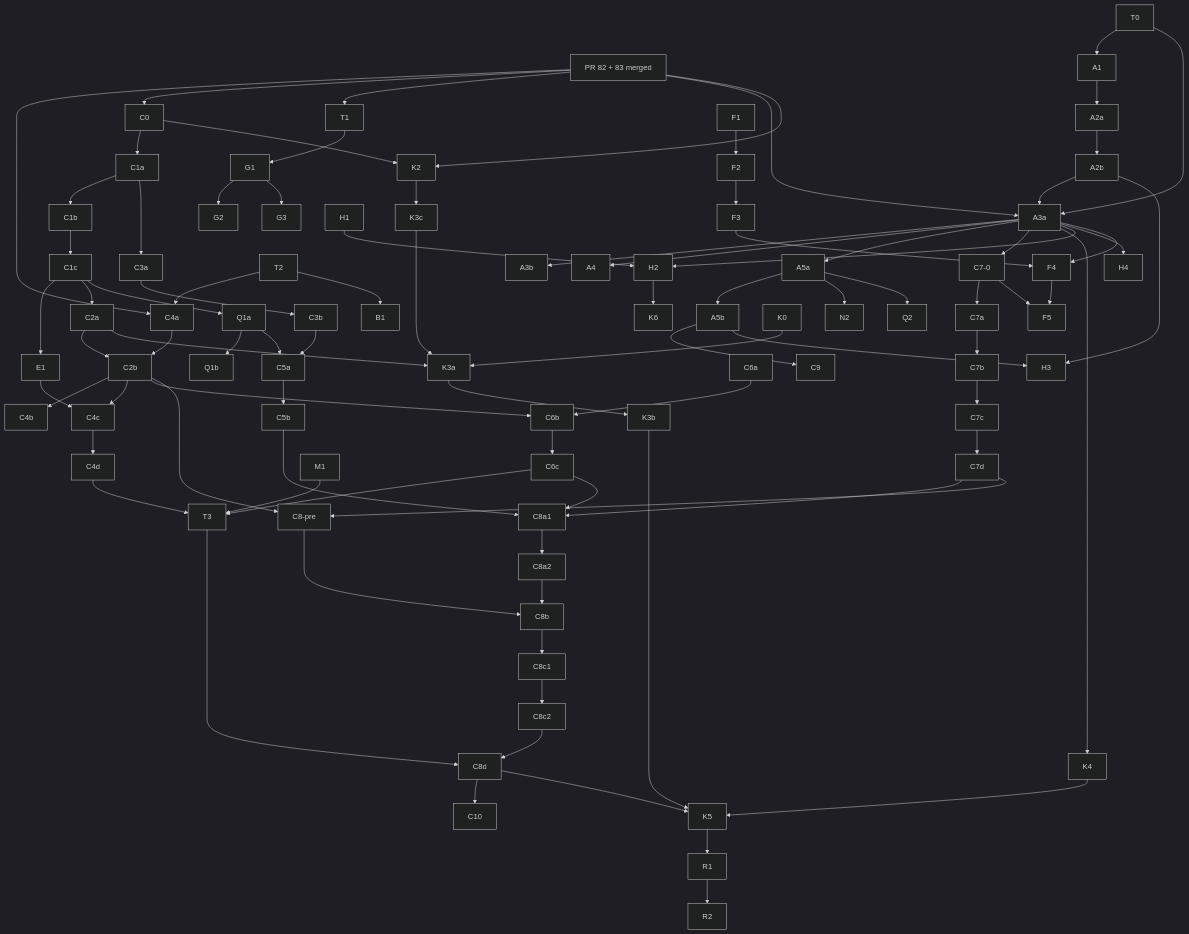
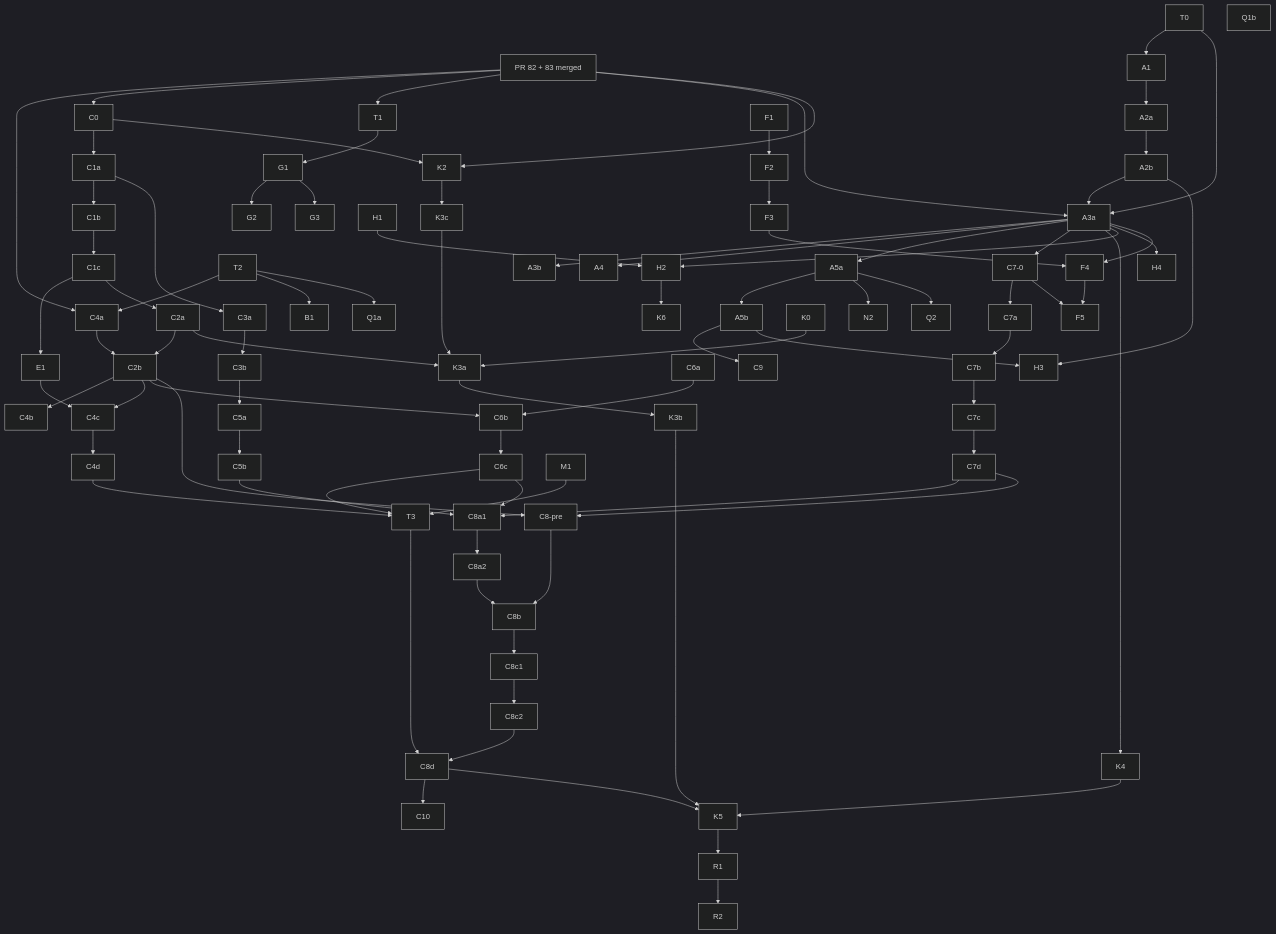
The diagram in docs/domain-modeling/pipeline-convergence-plan.md (scoizzle/Poly), drawn with Mermaid (dark theme) before and after one commit. The commit also changed other lines of this file and 1 other file, not shown here.

````diff
--- a/docs/domain-modeling/pipeline-convergence-plan.md
+++ b/docs/domain-modeling/pipeline-convergence-plan.md
@@ -865,60 +865,60 @@
 ```mermaid
 flowchart TD
     PR[PR 82 + 83 merged] --> C4a
     PR --> C0
     PR --> T1
     T0 --> A1 --> A2a --> A2b --> A3a
     PR --> A3a
     T0 --> A3a
     A3a --> A3b
     A3a --> A4
     A3a --> A5a --> A5b --> C9
     A5a --> N2
     A5a --> Q2
     T2 --> C4a
     T2 --> B1
+    T2 --> Q1a
+    Q1b
     T1 --> G1 --> G2
     G1 --> G3
     C0 --> C1a --> C1b --> C1c --> E1
     C1c --> C2a
     C2a --> C2b
     C4a --> C2b
     C2b --> C4b
     C2b --> C4c
     E1 --> C4c --> C4d
     C1a --> C3a --> C3b --> C5a
-    C1c --> Q1a --> Q1b
-    Q1a --> C5a
     C5a --> C5b
     C2b --> C6b
     C6a --> C6b --> C6c
     A3a --> C7-0
     C7-0 --> C7a --> C7b --> C7c --> C7d
     C4d --> T3
     C6c --> T3
     M1 --> T3
     C5b --> C8a1
     C6c --> C8a1
     C7d --> C8a1
     C8a1 --> C8a2 --> C8b
     C2b --> C8pre[C8-pre]
     C7d --> C8pre
     C8pre --> C8b --> C8c1 --> C8c2 --> C8d
     T3 --> C8d
     C8d --> C10
     C8d --> K5
     PR --> K2 --> K3c --> K3a --> K3b --> K5
     C0 --> K2
     K0 --> K3a
     C2a --> K3a
     A3a --> K4 --> K5
     H1 --> H2 --> K6
     A3a --> H2
     A2b --> H3
     A5b --> H3
     A3a --> H4
     F1 --> F2 --> F3 --> F4 --> F5
     A3a --> F4
     C7-0 --> F5
     K5 --> R1 --> R2
 ```
````
